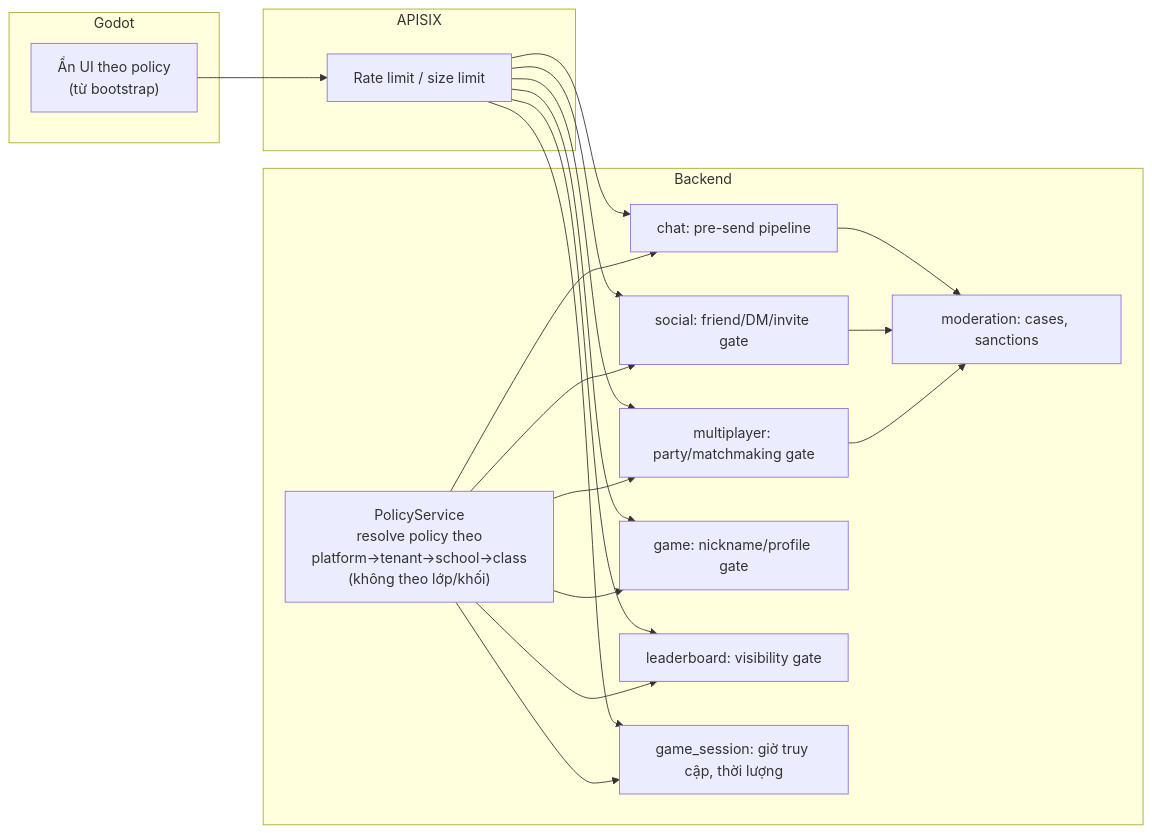
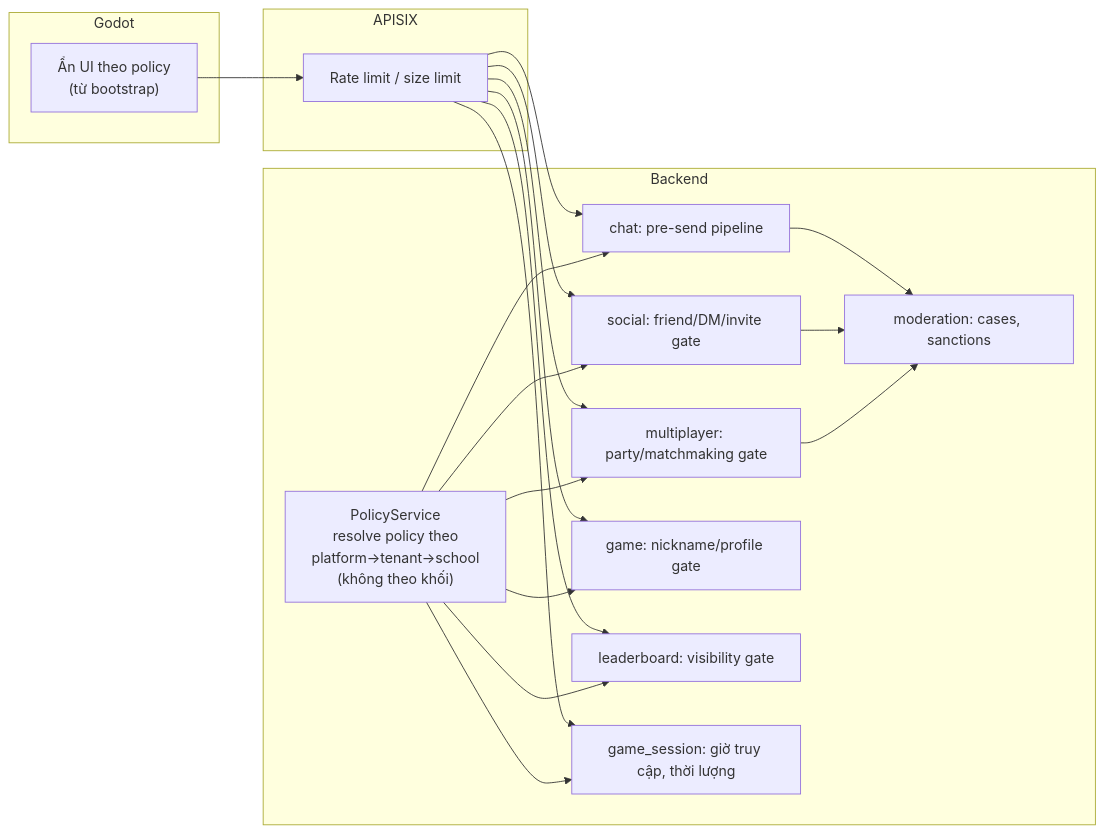
One commit to tanguyen2020/eduworld-platform changed the first of 2 diagrams in docs/10-security/CHILD_SAFETY.md. Above: the diagram before and after it, drawn with Mermaid. The commit also changed other lines of this file and 40 other files, not shown here.

````diff
--- a/docs/10-security/CHILD_SAFETY.md
+++ b/docs/10-security/CHILD_SAFETY.md
@@ -209,22 +207,22 @@
 ```mermaid
 flowchart LR
   subgraph Client[Godot]
     ui["Ẩn UI theo policy\n(từ bootstrap)"]
   end
   subgraph Edge[APISIX]
     rl[Rate limit / size limit]
   end
   subgraph Backend
-    pol["PolicyService\nresolve policy theo\nplatform→tenant→school→class\n(không theo lớp/khối)"]
+    pol["PolicyService\nresolve policy theo\nplatform→tenant→school\n(không theo khối)"]
     chat["chat: pre-send pipeline"]
     soc["social: friend/DM/invite gate"]
     mp["multiplayer: party/matchmaking gate"]
     prof["game: nickname/profile gate"]
     lb["leaderboard: visibility gate"]
     ses["game_session: giờ truy cập, thời lượng"]
     mod["moderation: cases, sanctions"]
   end
   ui --> rl --> chat & soc & mp & prof & lb & ses
   pol --> chat & soc & mp & prof & lb & ses
   chat & soc & mp --> mod
 ```
````
